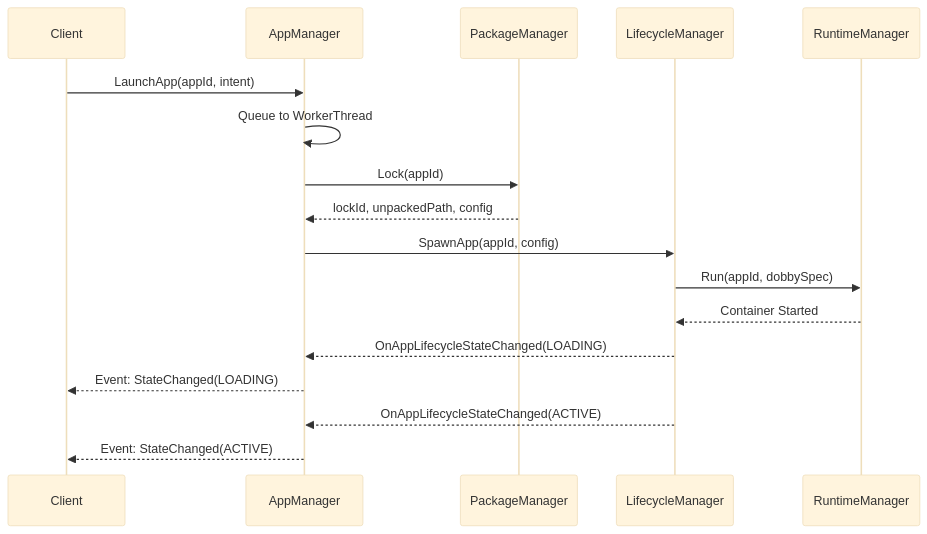
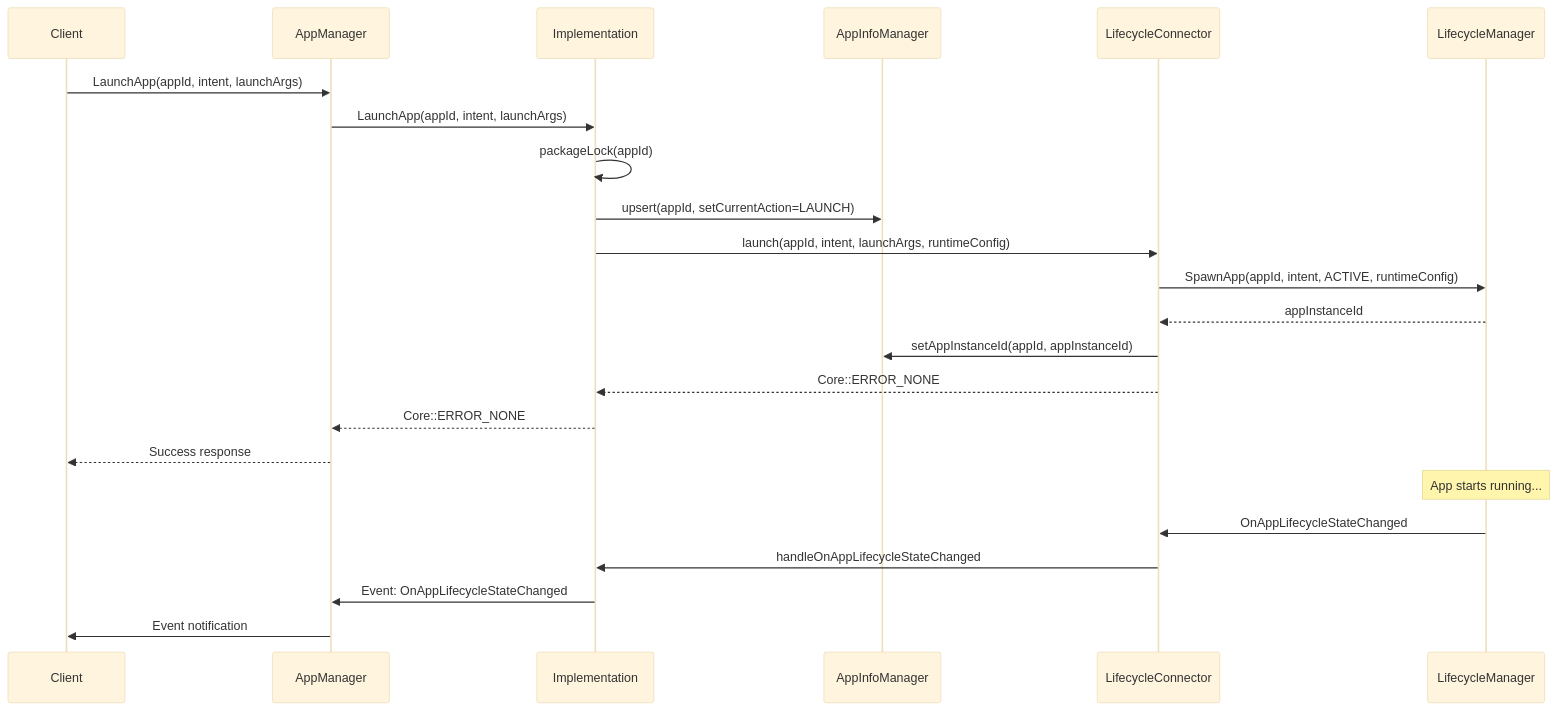
Before and after one commit to rdkcentral/entservices-appmanagers: the fourth of 8 diagrams in AppManager/AppManager.md, drawn with Mermaid (base theme). The commit also changed other lines of this file and 19 other files, not shown here.

````diff
--- a/AppManager/AppManager.md
+++ b/AppManager/AppManager.md
@@ -175,20 +390,28 @@
 ```mermaid
 sequenceDiagram
     participant Client
-    participant AppManager
-    participant PackageManager
-    participant LifecycleManager
-    participant RuntimeManager
+    participant Shell as AppManager
+    participant Impl as Implementation
+    participant AIM as AppInfoManager
+    participant LIC as LifecycleConnector
+    participant LCM as LifecycleManager
 
-    Client->>AppManager: LaunchApp(appId, intent)
-    AppManager->>AppManager: Queue to WorkerThread
-    AppManager->>PackageManager: Lock(appId)
-    PackageManager-->>AppManager: lockId, unpackedPath, config
-    AppManager->>LifecycleManager: SpawnApp(appId, config)
-    LifecycleManager->>RuntimeManager: Run(appId, dobbySpec)
-    RuntimeManager-->>LifecycleManager: Container Started
-    LifecycleManager-->>AppManager: OnAppLifecycleStateChanged(LOADING)
-    AppManager-->>Client: Event: StateChanged(LOADING)
-    LifecycleManager-->>AppManager: OnAppLifecycleStateChanged(ACTIVE)
-    AppManager-->>Client: Event: StateChanged(ACTIVE)
+    Client->>Shell: LaunchApp(appId, intent, launchArgs)
+    Shell->>Impl: LaunchApp(appId, intent, launchArgs)
+    Impl->>Impl: packageLock(appId)
+    Impl->>AIM: upsert(appId, setCurrentAction=LAUNCH)
+    Impl->>LIC: launch(appId, intent, launchArgs, runtimeConfig)
+    LIC->>LCM: SpawnApp(appId, intent, ACTIVE, runtimeConfig)
+    LCM-->>LIC: appInstanceId
+    LIC->>AIM: setAppInstanceId(appId, appInstanceId)
+    LIC-->>Impl: Core::ERROR_NONE
+    Impl-->>Shell: Core::ERROR_NONE
+    Shell-->>Client: Success response
+    
+    Note over LCM: App starts running...
+    
+    LCM->>LIC: OnAppLifecycleStateChanged
+    LIC->>Impl: handleOnAppLifecycleStateChanged
+    Impl->>Shell: Event: OnAppLifecycleStateChanged
+    Shell->>Client: Event notification
 ```
````
